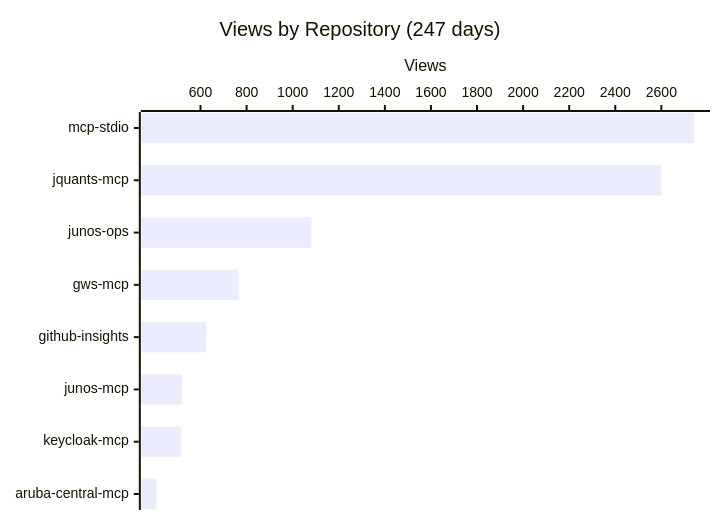
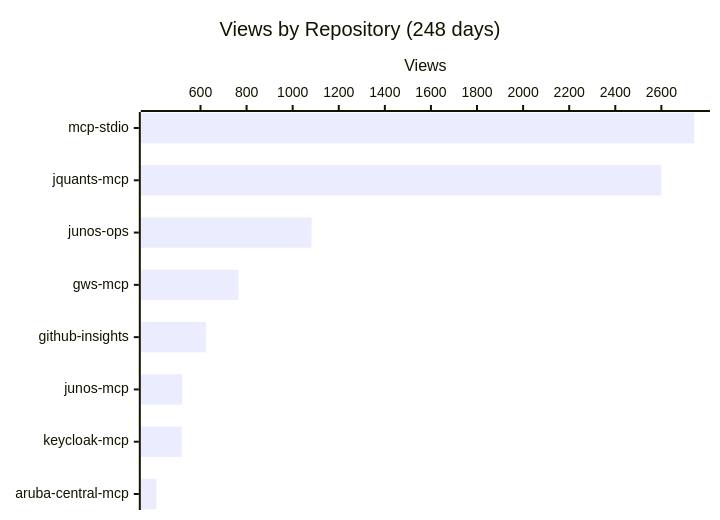
The first of 4 diagrams in README.md (shigechika/github-insights), drawn with Mermaid before and after one commit. The commit also changed other lines of this file and 1 other file, not shown here.

````diff
--- a/README.md
+++ b/README.md
@@ -18,7 +18,7 @@
 ```mermaid
 xychart-beta horizontal
-    title "Views by Repository (247 days)"
+    title "Views by Repository (248 days)"
     x-axis ["mcp-stdio", "jquants-mcp", "junos-ops", "gws-mcp", "github-insights", "junos-mcp", "keycloak-mcp", "aruba-central-mcp"]
     y-axis "Views"
     bar [2743, 2600, 1082, 765, 624, 520, 518, 409]
 ```
````
